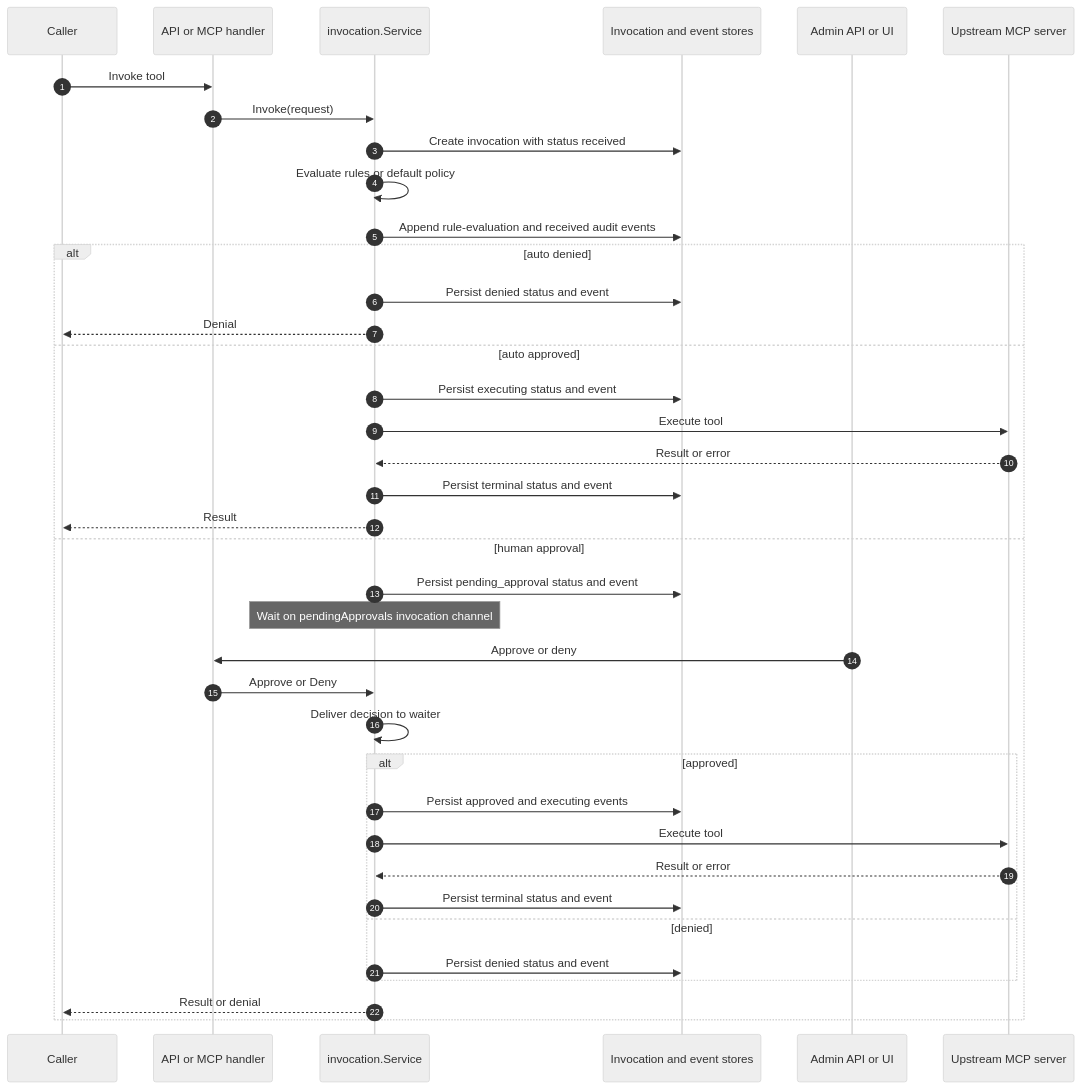
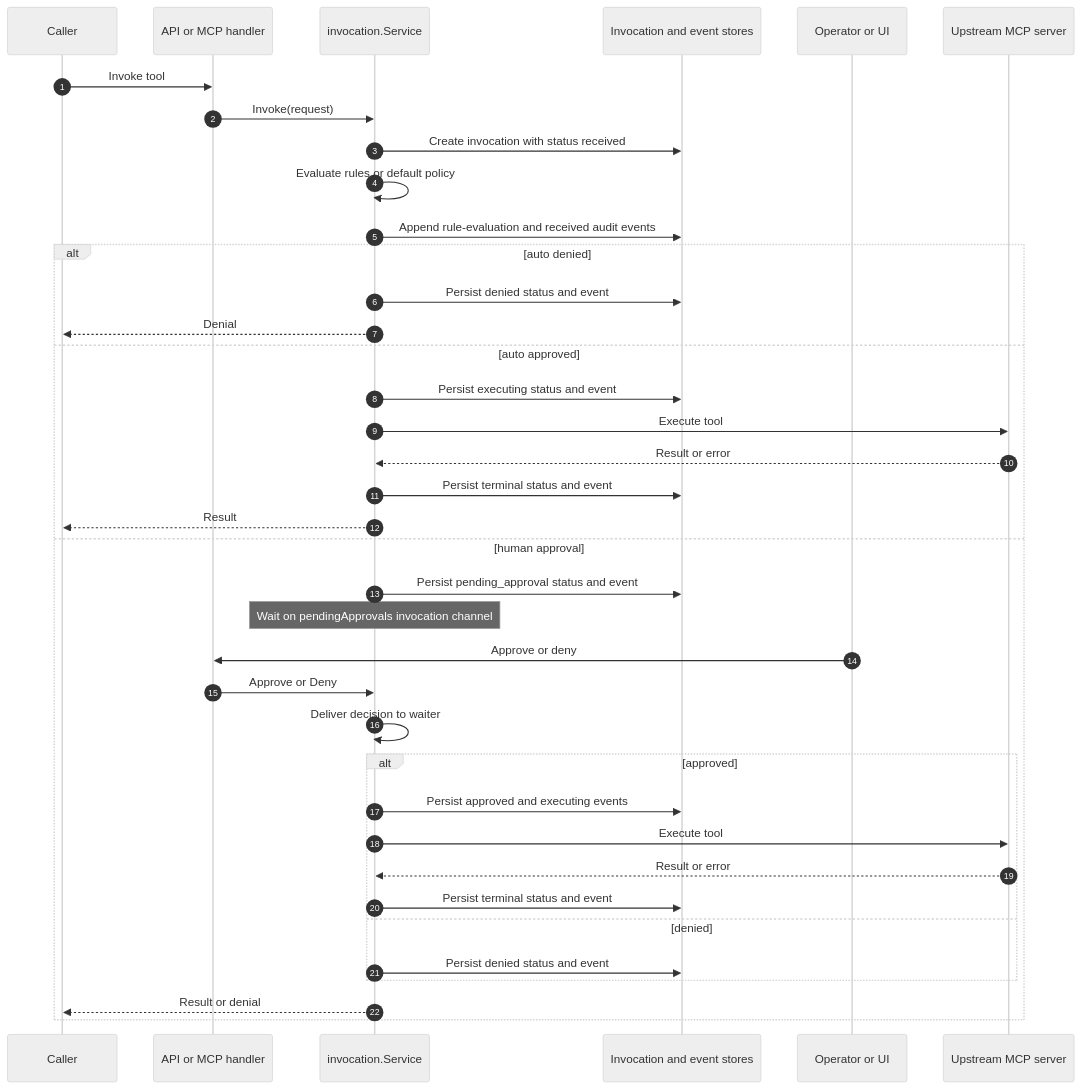
Before and after one commit to validmind/atryum: the third of 5 diagrams in docs/architecture.md, drawn with Mermaid (neutral theme). The commit also changed other lines of this file and 21 other files, not shown here.

Commit message:
SC-17522: Rename admin API endpoints (#155)

````diff
--- a/docs/architecture.md
+++ b/docs/architecture.md
@@ -143,41 +144,41 @@
 ```mermaid
 sequenceDiagram
     autonumber
     participant Caller
     participant API as API or MCP handler
     participant Service as invocation.Service
     participant Store as Invocation and event stores
-    participant Admin as Admin API or UI
+    participant Operator as Operator or UI
     participant MCP as Upstream MCP server
 
     Caller->>API: Invoke tool
     API->>Service: Invoke(request)
     Service->>Store: Create invocation with status received
     Service->>Service: Evaluate rules or default policy
     Service->>Store: Append rule-evaluation and received audit events
     alt auto denied
         Service->>Store: Persist denied status and event
         Service-->>Caller: Denial
     else auto approved
         Service->>Store: Persist executing status and event
         Service->>MCP: Execute tool
         MCP-->>Service: Result or error
         Service->>Store: Persist terminal status and event
         Service-->>Caller: Result
     else human approval
         Service->>Store: Persist pending_approval status and event
         Note over Service: Wait on pendingApprovals invocation channel
-        Admin->>API: Approve or deny
+        Operator->>API: Approve or deny
         API->>Service: Approve or Deny
         Service->>Service: Deliver decision to waiter
         alt approved
             Service->>Store: Persist approved and executing events
             Service->>MCP: Execute tool
             MCP-->>Service: Result or error
             Service->>Store: Persist terminal status and event
         else denied
             Service->>Store: Persist denied status and event
         end
         Service-->>Caller: Result or denial
     end
 ```
````
